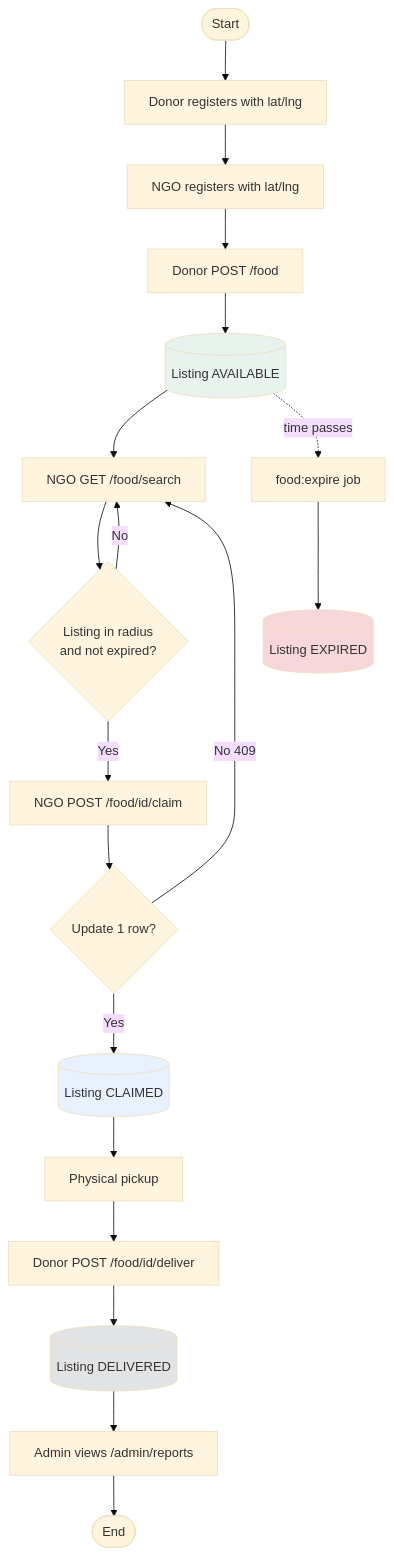
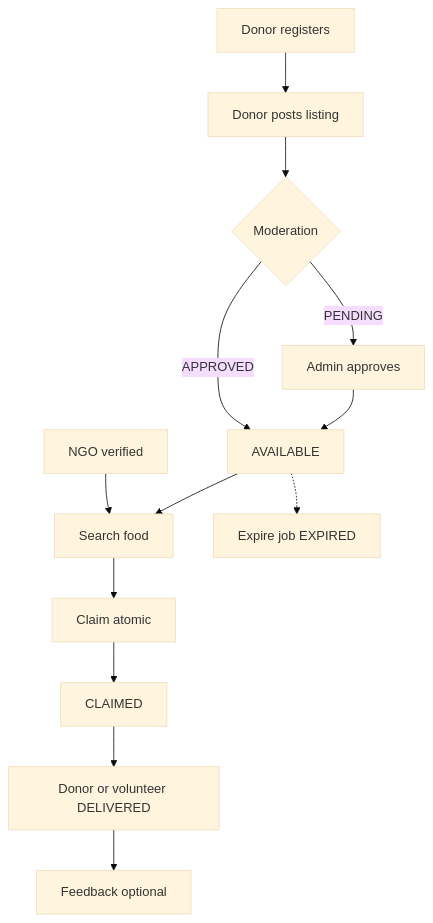
Before and after one commit to Shaheerazam111/Community-Food-Wastage-Reduction-Portal-v2: the diagram in Documentation/images/v2/source/10-end-to-end-activity-flow.mmd, drawn with Mermaid (base theme). The commit also changed 138 other files, not shown here.

```diff
--- a/Documentation/images/v2/source/10-end-to-end-activity-flow.mmd
+++ b/Documentation/images/v2/source/10-end-to-end-activity-flow.mmd
@@ -1,28 +1,13 @@
-flowchart TD
-    Start([Start]) --> RegD[Donor registers with lat/lng]
-    RegD --> RegN[NGO registers with lat/lng]
-    RegN --> Post[Donor POST /food]
-    Post --> Avail[(Listing AVAILABLE)]
-
-    Avail --> Search[NGO GET /food/search]
-    Search --> Found{Listing in radius\nand not expired?}
-    Found -->|No| Search
-    Found -->|Yes| Claim[NGO POST /food/id/claim]
-    Claim --> ClaimOk{Update 1 row?}
-    ClaimOk -->|No 409| Search
-    ClaimOk -->|Yes| Claimed[(Listing CLAIMED)]
-
-    Claimed --> Pickup[Physical pickup]
-    Pickup --> Deliver[Donor POST /food/id/deliver]
-    Deliver --> Done[(Listing DELIVERED)]
-
-    Done --> Admin[Admin views /admin/reports]
-    Admin --> End([End])
-
-    Avail -.->|time passes| ExpireJob[food:expire job]
-    ExpireJob --> Expired[(Listing EXPIRED)]
-
-    style Avail fill:#e8f3ed
-    style Claimed fill:#e7f1ff
-    style Done fill:#e2e3e5
-    style Expired fill:#f8d7da
+flowchart TB
+    A[Donor registers] --> B[Donor posts listing]
+    B --> C{Moderation}
+    C -->|PENDING| D[Admin approves]
+    C -->|APPROVED| E[AVAILABLE]
+    D --> E
+    F[NGO verified] --> G[Search food]
+    E --> G
+    G --> H[Claim atomic]
+    H --> I[CLAIMED]
+    I --> J[Donor or volunteer DELIVERED]
+    J --> K[Feedback optional]
+    E -.-> L[Expire job EXPIRED]
```
